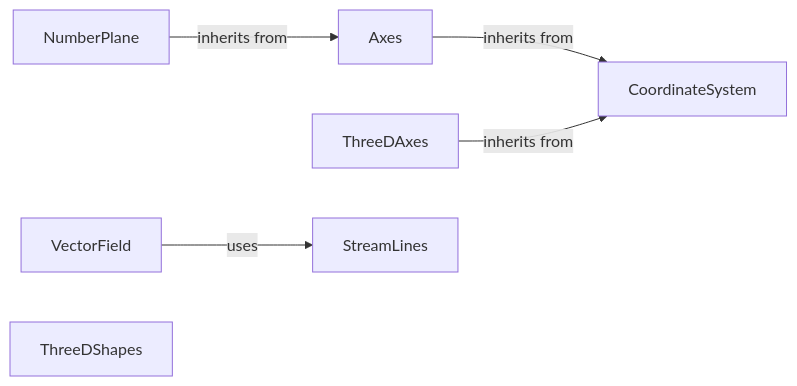
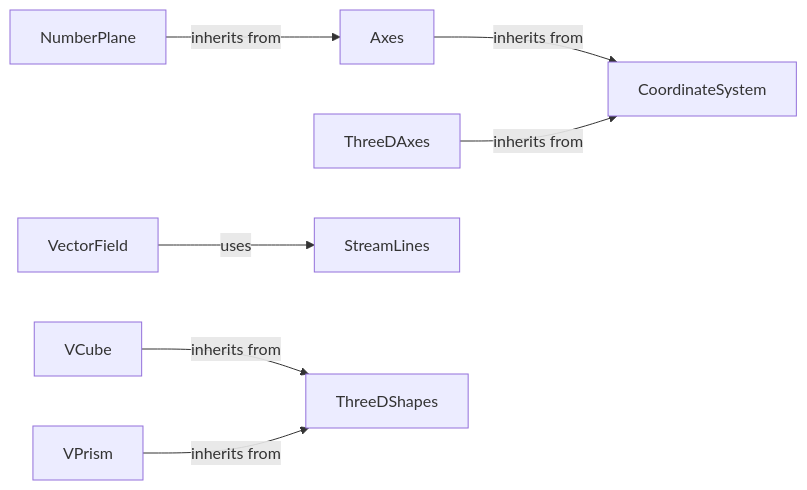
Before and after one commit to CodeBoarding/GeneratedOnBoardings: the diagram in manim/Mathematical Constructs.md, drawn with Mermaid. The commit also changed other lines of this file and 7 other files, not shown here.

````diff
--- a/manim/Mathematical Constructs.md
+++ b/manim/Mathematical Constructs.md
@@ -1,14 +1,16 @@
 ```mermaid
 graph LR
     CoordinateSystem["CoordinateSystem"]
     Axes["Axes"]
     ThreeDAxes["ThreeDAxes"]
     NumberPlane["NumberPlane"]
     VectorField["VectorField"]
     StreamLines["StreamLines"]
     ThreeDShapes["ThreeDShapes"]
     Axes -- "inherits from" --> CoordinateSystem
     ThreeDAxes -- "inherits from" --> CoordinateSystem
     NumberPlane -- "inherits from" --> Axes
     VectorField -- "uses" --> StreamLines
+    VCube -- "inherits from" --> ThreeDShapes
+    VPrism -- "inherits from" --> ThreeDShapes
 ```
````
